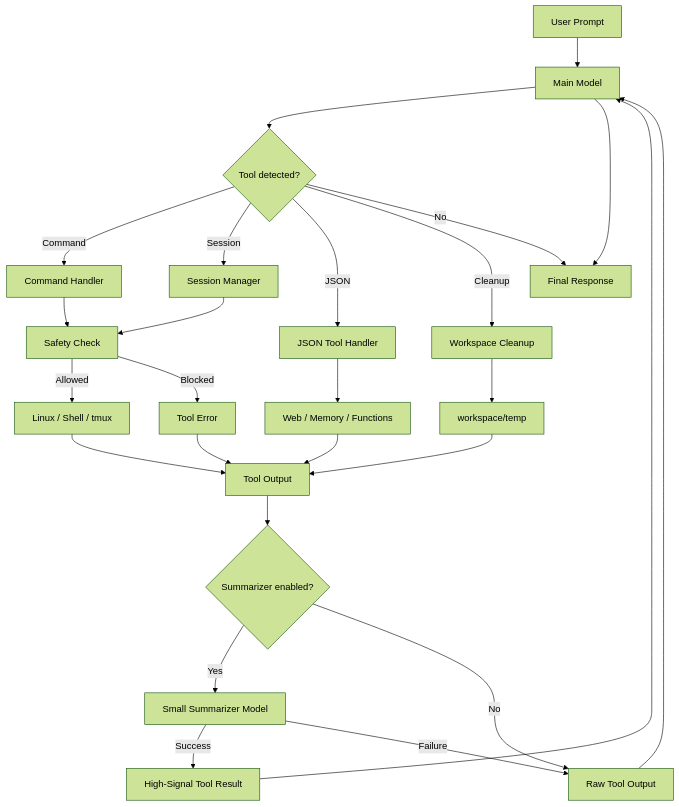
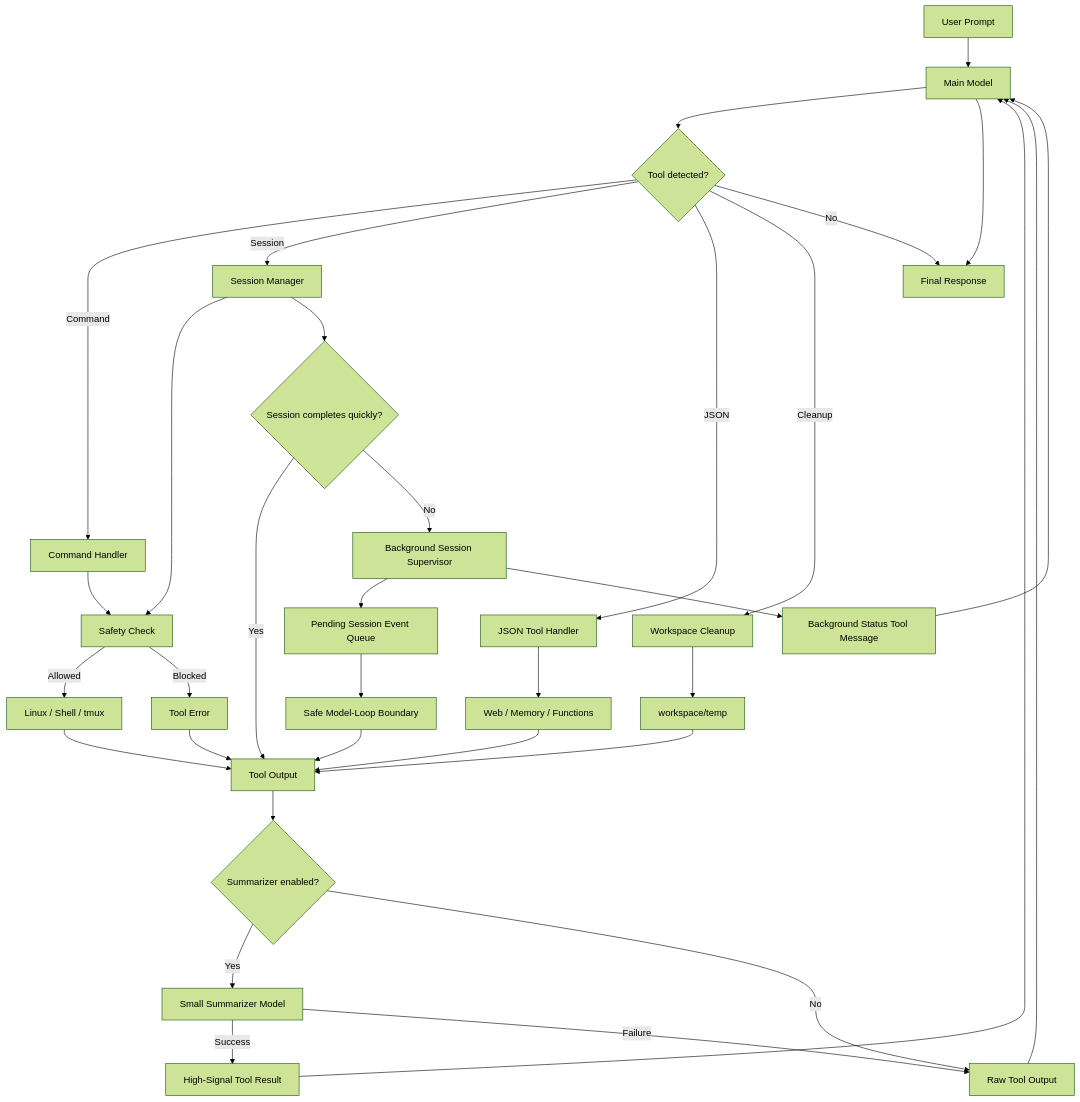
Before and after one commit to charlesericwilson-portfolio/Echo_Adapt_v5: the first of 8 diagrams in README.md, drawn with Mermaid (forest theme). The commit also changed other lines of this file, not shown here.

````diff
--- a/README.md
+++ b/README.md
@@ -118,39 +132,50 @@
 ```mermaid
 flowchart TD
     A[User Prompt] --> B[Main Model]
 
     B --> C{Tool detected?}
 
     C -->|Command| D[Command Handler]
     C -->|Session| E[Session Manager]
     C -->|JSON| F[JSON Tool Handler]
     C -->|Cleanup| G[Workspace Cleanup]
     C -->|No| H[Final Response]
 
     D --> I[Safety Check]
     E --> I
 
     I -->|Allowed| J[Linux / Shell / tmux]
     I -->|Blocked| K[Tool Error]
 
+    E --> S{Session completes quickly?}
+    S -->|Yes| N[Tool Output]
+    S -->|No| T[Background Session Supervisor]
+
+    T --> U[Pending Session Event Queue]
+    U --> V[Safe Model-Loop Boundary]
+    V --> N
+
     F --> L[Web / Memory / Functions]
     G --> M[workspace/temp]
 
-    J --> N[Tool Output]
+    J --> N
     L --> N
     M --> N
     K --> N
 
     N --> O{Summarizer enabled?}
 
     O -->|Yes| P[Small Summarizer Model]
     O -->|No| Q[Raw Tool Output]
 
     P -->|Success| R[High-Signal Tool Result]
     P -->|Failure| Q
 
     R --> B
     Q --> B
 
+    T --> W[Background Status Tool Message]
+    W --> B
+
     B --> H
 ```
````
